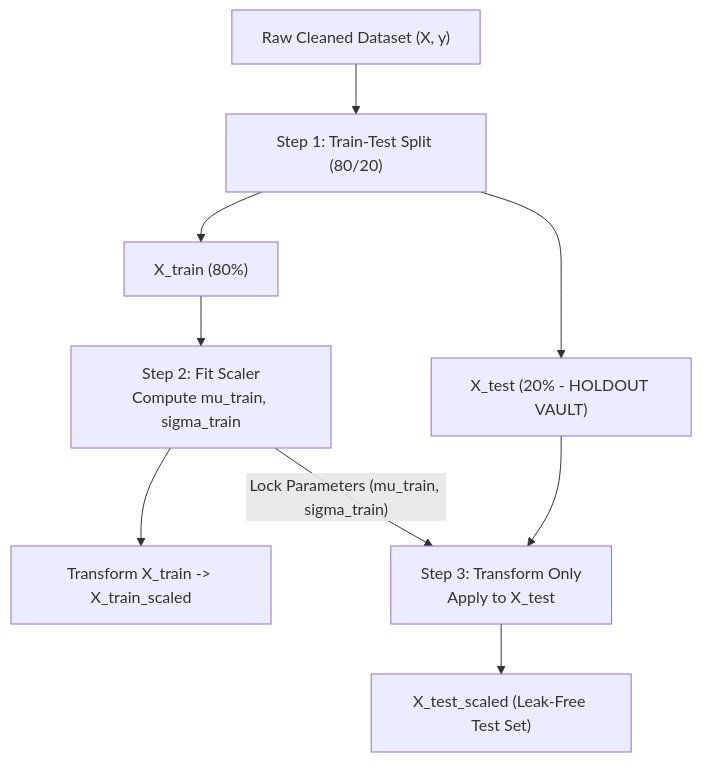
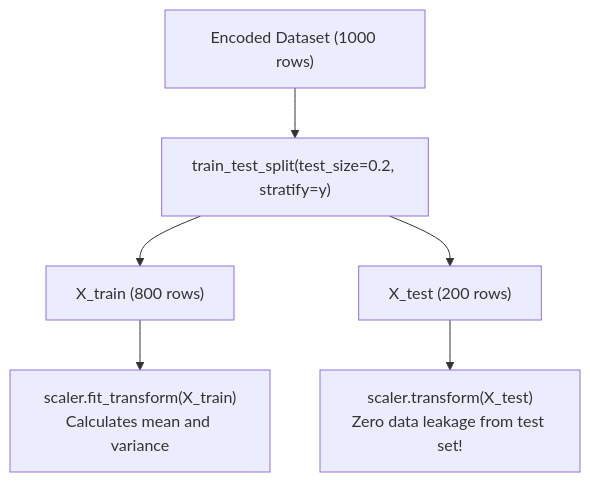
Before and after one commit to S1h2i3v4a/AI_ML: the diagram in lecture_27/Notes_27.07/README.md, drawn with Mermaid. The commit also changed other lines of this file and 147 other files, not shown here.

Commit message:
docs(lectures 25-27): align notes with video lectures, add blackboard diagrams, clean structured functions, and compile vector PDFs

````diff
--- a/lecture_27/Notes_27.07/README.md
+++ b/lecture_27/Notes_27.07/README.md
@@ -14,13 +13,8 @@
 ```mermaid
 flowchart TD
-    A["Raw Cleaned Dataset (X, y)"] --> B["Step 1: Train-Test Split (80/20)"]
-    B --> C["X_train (80%)"]
-    B --> D["X_test (20% - HOLDOUT VAULT)"]
-    
-    C --> E["Step 2: Fit Scaler<br/>Compute mu_train, sigma_train"]
-    E --> F["Transform X_train -> X_train_scaled"]
-    
-    E -->|"Lock Parameters (mu_train, sigma_train)"| G["Step 3: Transform Only<br/>Apply to X_test"]
-    D --> G
-    G --> H["X_test_scaled (Leak-Free Test Set)"]
+    A["Encoded Dataset (1000 rows)"] --> B["train_test_split(test_size=0.2, stratify=y)"]
+    B --> C["X_train (800 rows)"]
+    B --> D["X_test (200 rows)"]
+    C --> E["scaler.fit_transform(X_train)<br/>Calculates mean and variance"]
+    D --> F["scaler.transform(X_test)<br/>Zero data leakage from test set!"]
 ```
````
